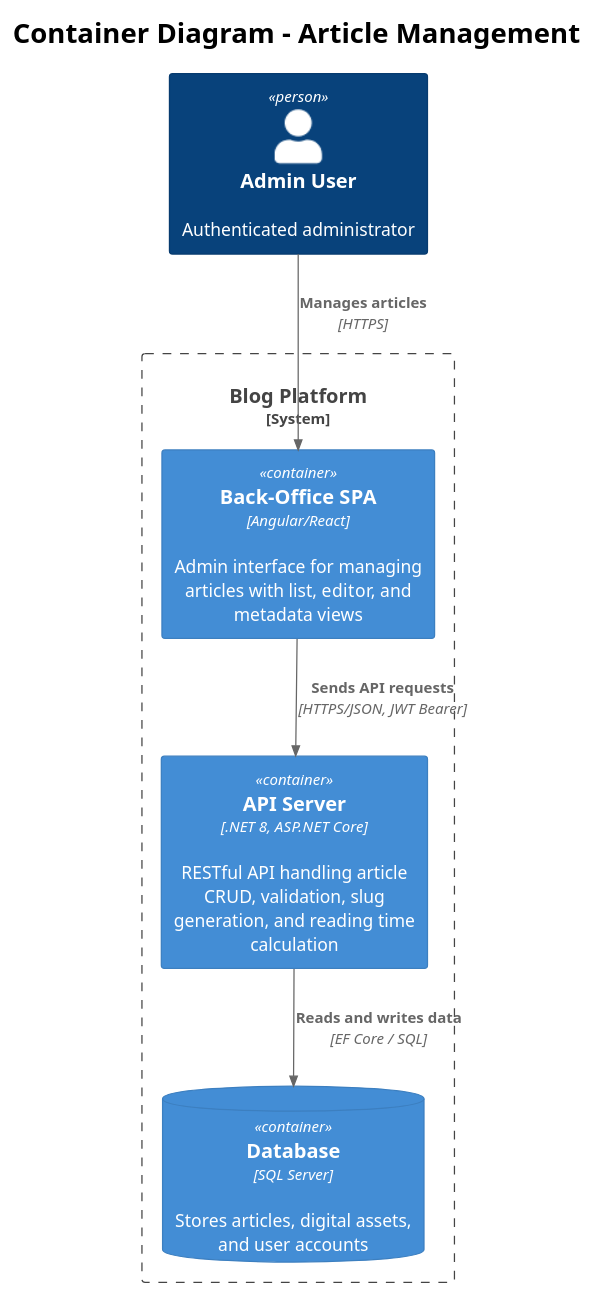
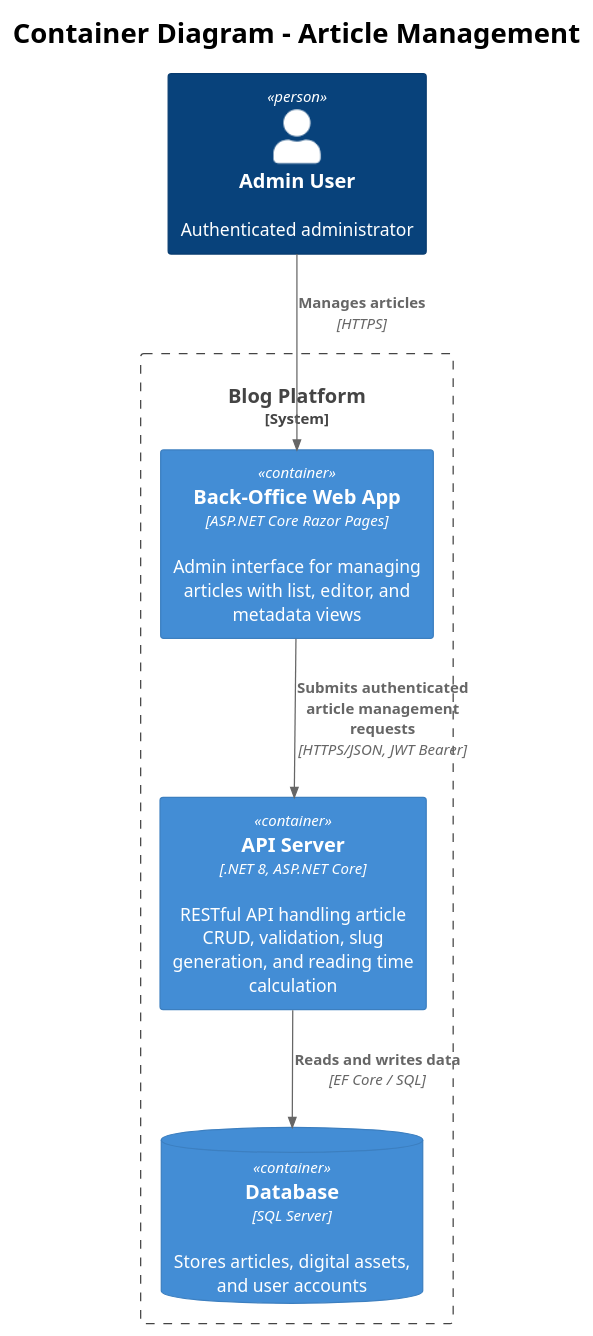
Before and after one commit to QuinntyneBrown/Blog: the diagram in docs/detailed-designs/02-article-management/diagrams/c4_container.puml, drawn with PlantUML. The commit also changed 18 other files, not shown here.

```diff
--- a/docs/detailed-designs/02-article-management/diagrams/c4_container.puml
+++ b/docs/detailed-designs/02-article-management/diagrams/c4_container.puml
@@ -1,19 +1,19 @@
 @startuml c4_container
 !theme plain
 !include <C4/C4_Container>
 
 title Container Diagram - Article Management
 
 Person(admin, "Admin User", "Authenticated administrator")
 
 System_Boundary(blogSystem, "Blog Platform") {
-    Container(spa, "Back-Office SPA", "Angular/React", "Admin interface for managing articles with list, editor, and metadata views")
+    Container(web, "Back-Office Web App", "ASP.NET Core Razor Pages", "Admin interface for managing articles with list, editor, and metadata views")
     Container(api, "API Server", ".NET 8, ASP.NET Core", "RESTful API handling article CRUD, validation, slug generation, and reading time calculation")
     ContainerDb(db, "Database", "SQL Server", "Stores articles, digital assets, and user accounts")
 }
 
-Rel(admin, spa, "Manages articles", "HTTPS")
-Rel(spa, api, "Sends API requests", "HTTPS/JSON, JWT Bearer")
+Rel(admin, web, "Manages articles", "HTTPS")
+Rel(web, api, "Submits authenticated article management requests", "HTTPS/JSON, JWT Bearer")
 Rel(api, db, "Reads and writes data", "EF Core / SQL")
 
 @enduml
```
